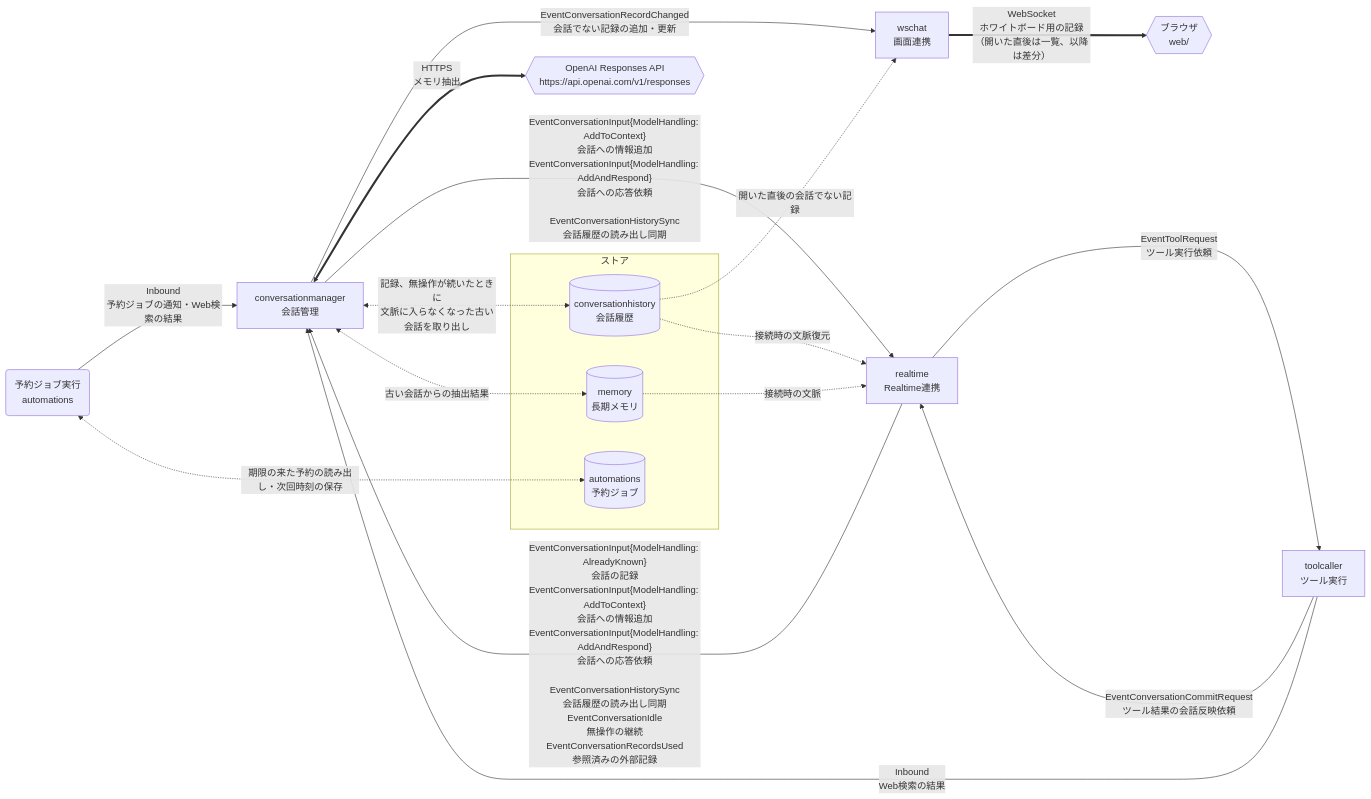
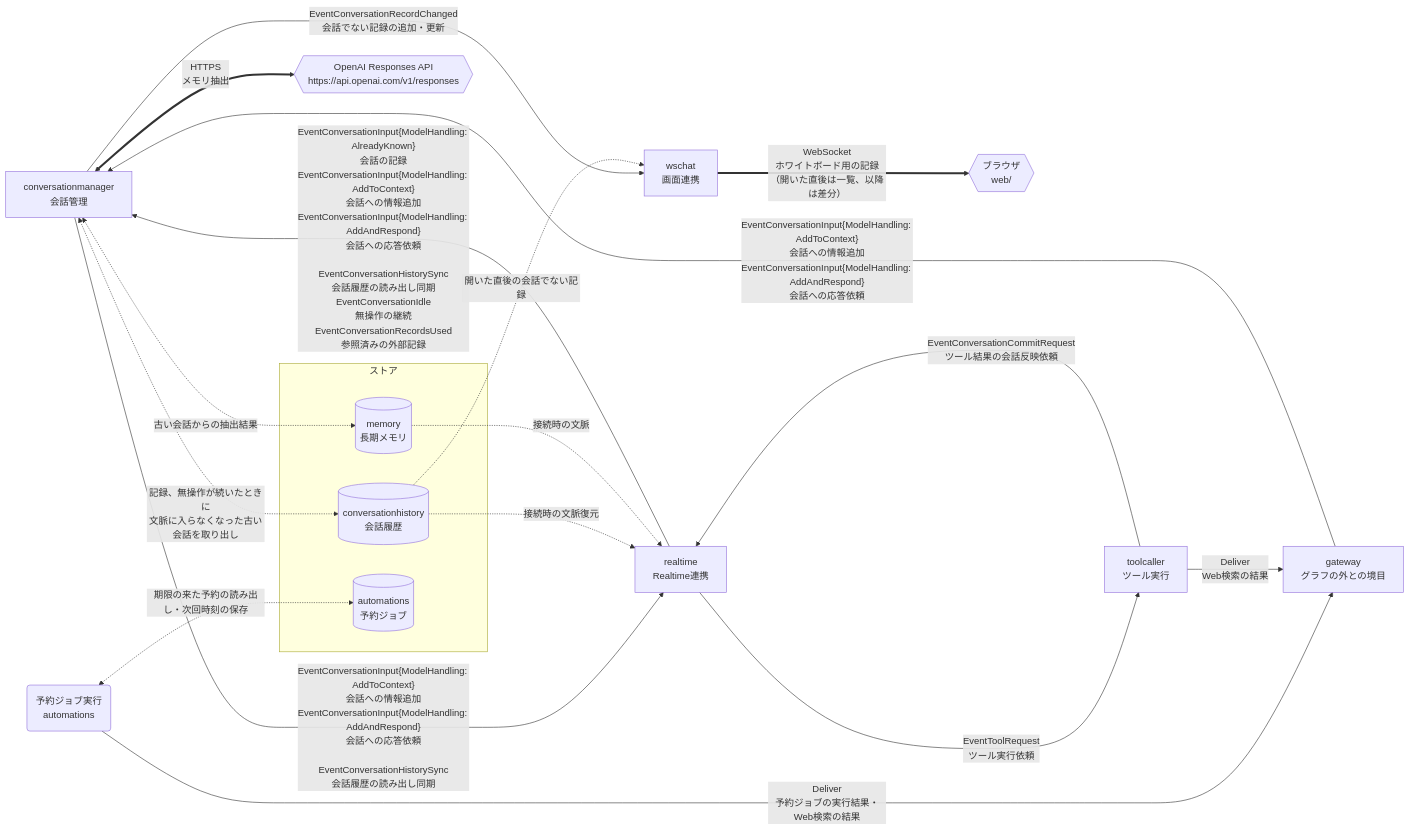
The second of 3 diagrams in README.md (tetetratra/smart-speaker), drawn with Mermaid before and after one commit. The commit also changed other lines of this file and 23 other files, not shown here.

````diff
--- a/README.md
+++ b/README.md
@@ -120,32 +120,34 @@
 ```mermaid
 flowchart LR
     manager["conversationmanager<br/>会話管理"]
     openaiResponses{{"OpenAI Responses API<br/>https://api.openai.com/v1/responses"}}
     rt["realtime<br/>Realtime連携"]
     tool["toolcaller<br/>ツール実行"]
     scheduler("予約ジョブ実行<br/>automations")
+    gateway["gateway<br/>グラフの外との境目"]
     chat["wschat<br/>画面連携"]
     browser{{"ブラウザ<br/>web/"}}
 
     subgraph g0["ストア"]
         historyStore[("conversationhistory<br/>会話履歴")]
         memoryStore[("memory<br/>長期メモリ")]
         automationStore[("automations<br/>予約ジョブ")]
     end
 
     manager <==>|"HTTPS<br/>メモリ抽出"| openaiResponses
     rt -->|"EventConversationInput{ModelHandling: AlreadyKnown}<br/>会話の記録<br/>EventConversationInput{ModelHandling: AddToContext}<br/>会話への情報追加<br/>EventConversationInput{ModelHandling: AddAndRespond}<br/>会話への応答依頼<br/><br/>EventConversationHistorySync<br/>会話履歴の読み出し同期<br/>EventConversationIdle<br/>無操作の継続<br/>EventConversationRecordsUsed<br/>参照済みの外部記録"| manager
     manager --->|"EventConversationInput{ModelHandling: AddToContext}<br/>会話への情報追加<br/>EventConversationInput{ModelHandling: AddAndRespond}<br/>会話への応答依頼<br/><br/>EventConversationHistorySync<br/>会話履歴の読み出し同期"| rt
     rt -->|"EventToolRequest<br/>ツール実行依頼"| tool
     tool --->|"EventConversationCommitRequest<br/>ツール結果の会話反映依頼"| rt
-    scheduler -->|"Inbound<br/>予約ジョブの通知・Web検索の結果"| manager
-    tool -->|"Inbound<br/>Web検索の結果"| manager
+    scheduler -->|"Deliver<br/>予約ジョブの実行結果・Web検索の結果"| gateway
+    tool -->|"Deliver<br/>Web検索の結果"| gateway
+    gateway -->|"EventConversationInput{ModelHandling: AddToContext}<br/>会話への情報追加<br/>EventConversationInput{ModelHandling: AddAndRespond}<br/>会話への応答依頼"| manager
     manager <-.->|"記録、無操作が続いたときに<br/>文脈に入らなくなった古い会話を取り出し"| historyStore
     historyStore -.->|"接続時の文脈復元"| rt
     memoryStore -.->|"接続時の文脈"| rt
     manager <-.->|"古い会話からの抽出結果"| memoryStore
     manager -->|"EventConversationRecordChanged<br/>会話でない記録の追加・更新"| chat
     historyStore -.->|"開いた直後の会話でない記録"| chat
     chat ==>|"WebSocket<br/>ホワイトボード用の記録（開いた直後は一覧、以降は差分）"| browser
     scheduler <-.->|"期限の来た予約の読み出し・次回時刻の保存"| automationStore
 ```
````
